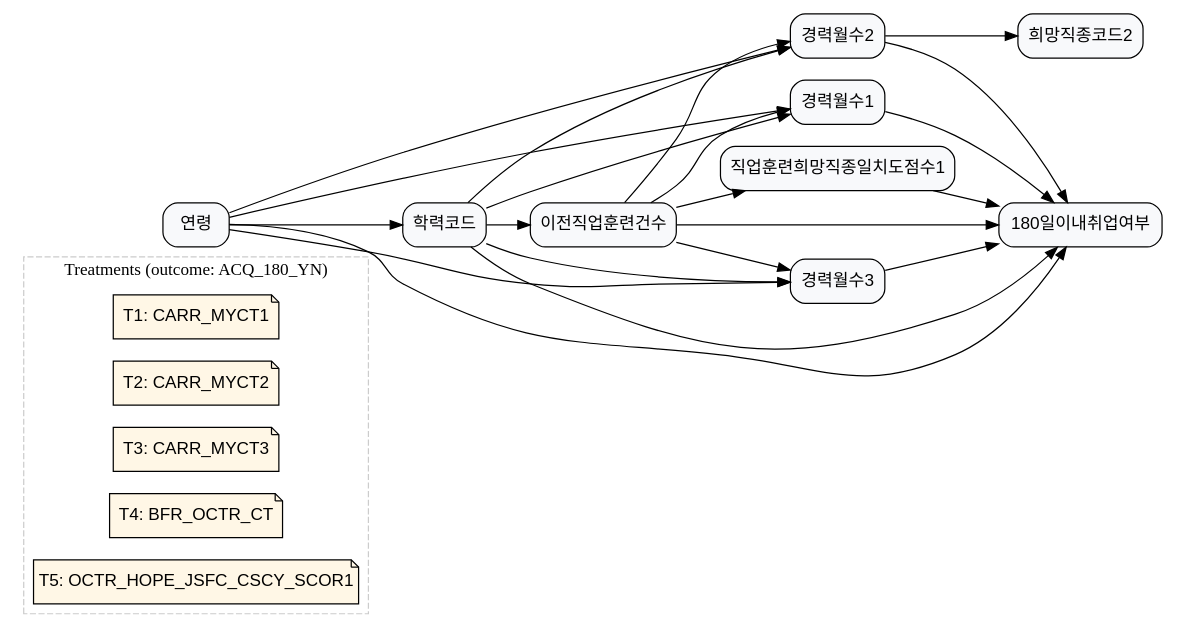
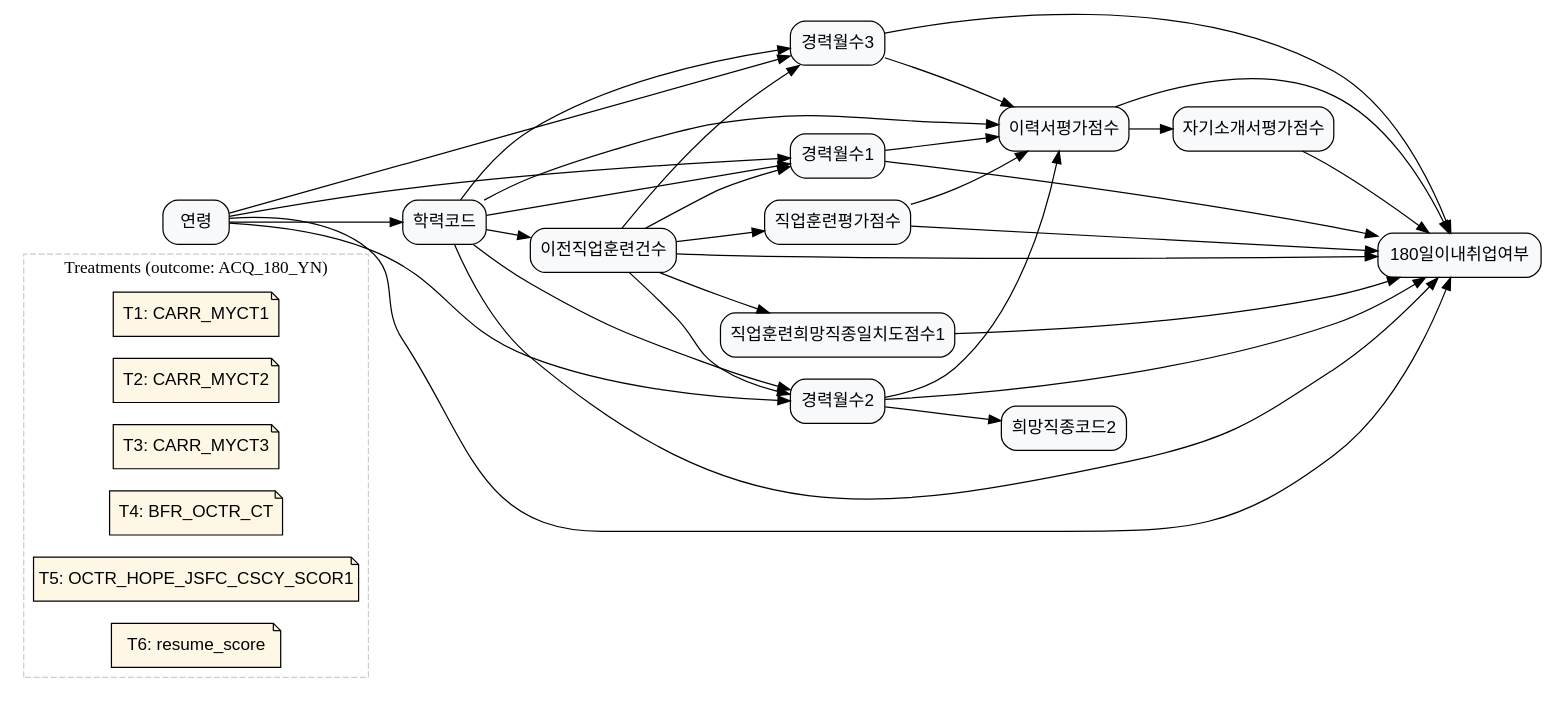
One commit to KU-LIM-Lab/dowhy-deep changed the diagram in laborlab_2/data/graph_data/graph_5.dot. Above: the diagram before and after it, drawn with Graphviz. The commit also changed 5 other files, not shown here.

Commit message:
add causal graph

```diff
--- a/laborlab_2/data/graph_data/graph_5.dot
+++ b/laborlab_2/data/graph_data/graph_5.dot
@@ -1,78 +1,97 @@
 digraph G {
 	graph [rankdir=LR];
 	node [fillcolor="#F8F9FB",
-		fontname=Helvetica,
-		shape=box,
-		style="rounded,filled"
+	fontname=Helvetica,
+	shape=box,
+	style="rounded,filled"
 	];
 	subgraph cluster_treatments {
-		graph [color="#CCCCCC",
-			label="Treatments (outcome: ACQ_180_YN)",
-			style=dashed
-		];
-		node [fillcolor="#FFF7E6",
-			fontname=Helvetica,
-			shape=note,
-			style="rounded,filled"
-		];
-		T1	[label="T1: CARR_MYCT1",
-			role=treatment_meta,
-			treatment_def="희망직종1 경력월수 수준 차이의 효과",
-			treatment_name=CARR_MYCT1,
-			treatment_question="희망직종1 경력이 긴 사람과 짧은 사람의 6개월 내 취업 확률 차이?",
-			treatment_var=CARR_MYCT1];
-		T2	[label="T2: CARR_MYCT2",
-			role=treatment_meta,
-			treatment_def="희망직종2 경력월수 수준 차이의 효과",
-			treatment_name=CARR_MYCT2,
-			treatment_question="희망직종2 경력이 긴 사람과 짧은 사람의 6개월 내 취업 확률 차이?",
-			treatment_var=CARR_MYCT2];
-		T3	[label="T3: CARR_MYCT3",
-			role=treatment_meta,
-			treatment_def="희망직종3 경력월수 수준 차이의 효과",
-			treatment_name=CARR_MYCT3,
-			treatment_question="희망직종3 경력이 긴 사람과 짧은 사람의 6개월 내 취업 확률 차이?",
-			treatment_var=CARR_MYCT3];
-		T4	[label="T4: BFR_OCTR_CT",
-			role=treatment_meta,
-			treatment_def="이전직업훈련건수 수준 차이의 효과",
-			treatment_name=BFR_OCTR_CT,
-			treatment_question="이전 직업훈련을 많이 받은 사람과 적게 받은 사람의 6개월 내 취업 확률 차이?",
-			treatment_var=BFR_OCTR_CT];
-		T5	[label="T5: OCTR_HOPE_JSFC_CSCY_SCOR1",
-			role=treatment_meta,
-			treatment_def="훈련-희망직종 일치도 점수 수준 차이의 효과",
-			treatment_name=OCTR_HOPE_JSFC_CSCY_SCOR1,
-			treatment_question="훈련과 희망직종의 일치도가 높은 사람과 낮은 사람의 6개월 내 취업 확률 차이?",
-			treatment_var=OCTR_HOPE_JSFC_CSCY_SCOR1];
-	}
+	graph [color="#CCCCCC",
+	label="Treatments (outcome: ACQ_180_YN)",
+	style=dashed
+	];
+	node [fillcolor="#FFF7E6",
+	fontname=Helvetica,
+	shape=note,
+	style="rounded,filled"
+	];
+	T1	[label="T1: CARR_MYCT1",
+	role=treatment_meta,
+	treatment_def="희망직종1 경력월수 수준 차이의 효과",
+	treatment_name=CARR_MYCT1,
+	treatment_question="희망직종1 경력이 긴 사람과 짧은 사람의 6개월 내 취업 확률 차이?",
+	treatment_var=CARR_MYCT1];
+	T2	[label="T2: CARR_MYCT2",
+	role=treatment_meta,
+	treatment_def="희망직종2 경력월수 수준 차이의 효과",
+	treatment_name=CARR_MYCT2,
+	treatment_question="희망직종2 경력이 긴 사람과 짧은 사람의 6개월 내 취업 확률 차이?",
+	treatment_var=CARR_MYCT2];
+	T3	[label="T3: CARR_MYCT3",
+	role=treatment_meta,
+	treatment_def="희망직종3 경력월수 수준 차이의 효과",
+	treatment_name=CARR_MYCT3,
+	treatment_question="희망직종3 경력이 긴 사람과 짧은 사람의 6개월 내 취업 확률 차이?",
+	treatment_var=CARR_MYCT3];
+	T4	[label="T4: BFR_OCTR_CT",
+	role=treatment_meta,
+	treatment_def="이전직업훈련건수 수준 차이의 효과",
+	treatment_name=BFR_OCTR_CT,
+	treatment_question="이전 직업훈련을 많이 받은 사람과 적게 받은 사람의 6개월 내 취업 확률 차이?",
+	treatment_var=BFR_OCTR_CT];
+	T5	[label="T5: OCTR_HOPE_JSFC_CSCY_SCOR1",
+	role=treatment_meta,
+	treatment_def="훈련-희망직종 일치도 점수 수준 차이의 효과",
+	treatment_name=OCTR_HOPE_JSFC_CSCY_SCOR1,
+	treatment_question="훈련과 희망직종의 일치도가 높은 사람과 낮은 사람의 6개월 내 취업 확률 차이?",
+	treatment_var=OCTR_HOPE_JSFC_CSCY_SCOR1];
+	T6	[label="T6: resume_score",
+	role=treatment_meta,
+	treatment_def="이력서평가점수 수준 차이의 효과",
+	treatment_name=resume_score,
+	treatment_question="이력서 평가 점수가 높은 사람과 낮은 사람의 6개월 내 취업 확률 차이?",
+	treatment_var=resume_score];
+}
 	ACQ_180_YN	[label="180일이내취업여부"];
 	CARR_MYCT1	[label=경력월수1];
 	CARR_MYCT1 -> ACQ_180_YN;
 	CARR_MYCT2	[label=경력월수2];
 	CARR_MYCT2 -> ACQ_180_YN;
 	HOPE_JSCD2	[label=희망직종코드2];
 	CARR_MYCT2 -> HOPE_JSCD2;
 	CARR_MYCT3	[label=경력월수3];
 	CARR_MYCT3 -> ACQ_180_YN;
 	BFR_OCTR_CT	[label=이전직업훈련건수];
 	BFR_OCTR_CT -> ACQ_180_YN;
 	BFR_OCTR_CT -> CARR_MYCT1;
 	BFR_OCTR_CT -> CARR_MYCT2;
 	BFR_OCTR_CT -> CARR_MYCT3;
 	OCTR_HOPE_JSFC_CSCY_SCOR1	[label=직업훈련희망직종일치도점수1];
 	BFR_OCTR_CT -> OCTR_HOPE_JSFC_CSCY_SCOR1;
 	OCTR_HOPE_JSFC_CSCY_SCOR1 -> ACQ_180_YN;
 	AGE	[label=연령];
 	AGE -> ACQ_180_YN;
 	AGE -> CARR_MYCT1;
 	AGE -> CARR_MYCT2;
 	AGE -> CARR_MYCT3;
 	ACCR_CD	[label=학력코드];
 	AGE -> ACCR_CD;
 	ACCR_CD -> ACQ_180_YN;
 	ACCR_CD -> CARR_MYCT1;
 	ACCR_CD -> CARR_MYCT2;
 	ACCR_CD -> CARR_MYCT3;
 	ACCR_CD -> BFR_OCTR_CT;
+	resume_score	[label=이력서평가점수];
+	ACCR_CD -> resume_score;
+	CARR_MYCT1 -> resume_score;
+	CARR_MYCT2 -> resume_score;
+	CARR_MYCT3 -> resume_score;
+	resume_score -> ACQ_180_YN;
+	cover_letter_score	[label=자기소개서평가점수];
+	resume_score -> cover_letter_score;
+	cover_letter_score -> ACQ_180_YN;
+	training_score	[label=직업훈련평가점수];
+	BFR_OCTR_CT -> training_score;
+	training_score -> ACQ_180_YN;
+	training_score -> resume_score;
 }
```
